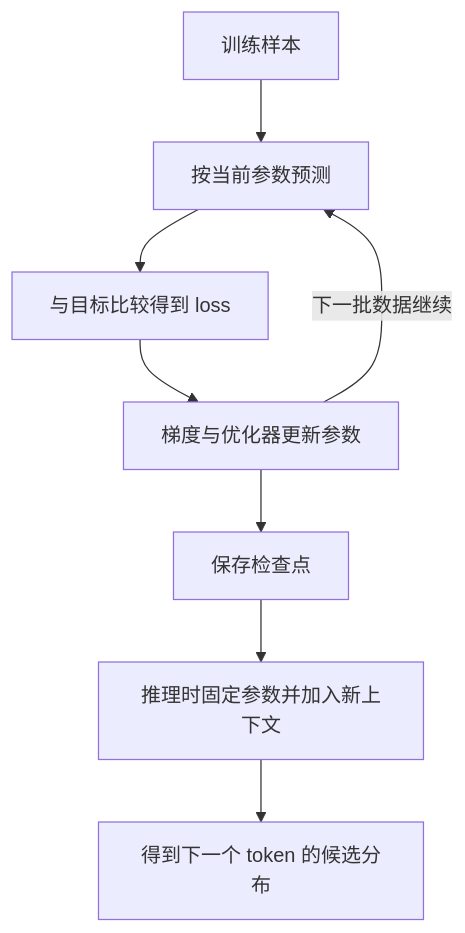
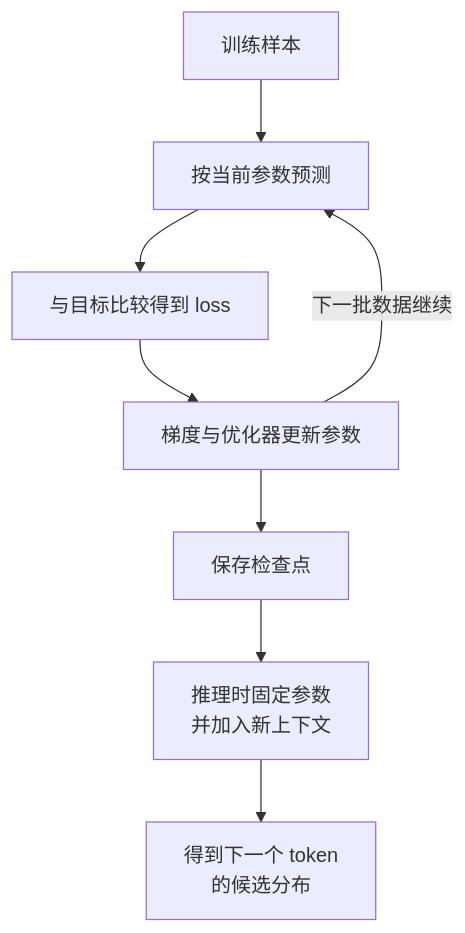
One commit to chengzhang0528/LLMTrain changed the diagram in course/01-14天理论课/模型原理总纲.md. Above: the diagram before and after it, drawn with Mermaid. The commit also changed 29 other files, not shown here.

````diff
--- a/course/01-14天理论课/模型原理总纲.md
+++ b/course/01-14天理论课/模型原理总纲.md
@@ -7,10 +7,10 @@
 ```mermaid
 flowchart TB
     A[训练样本] --> B[按当前参数预测]
     B --> C[与目标比较得到 loss]
     C --> D[梯度与优化器更新参数]
     D -->|下一批数据继续| B
     D --> E[保存检查点]
-    E --> F[推理时固定参数并加入新上下文]
-    F --> G[得到下一个 token 的候选分布]
+    E --> F["推理时固定参数<br/>并加入新上下文"]
+    F --> G["得到下一个 token<br/>的候选分布"]
 ```
````
